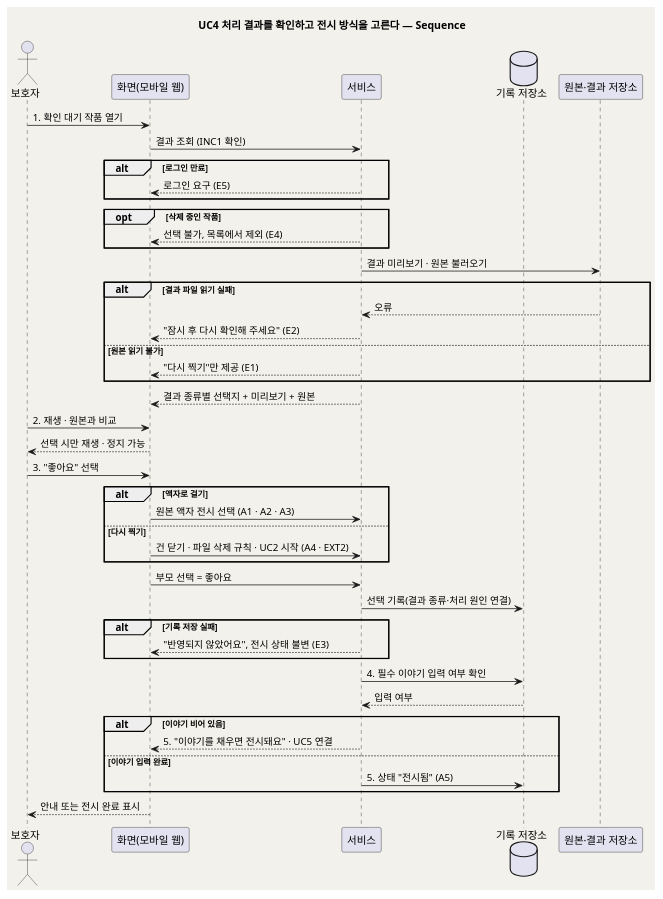
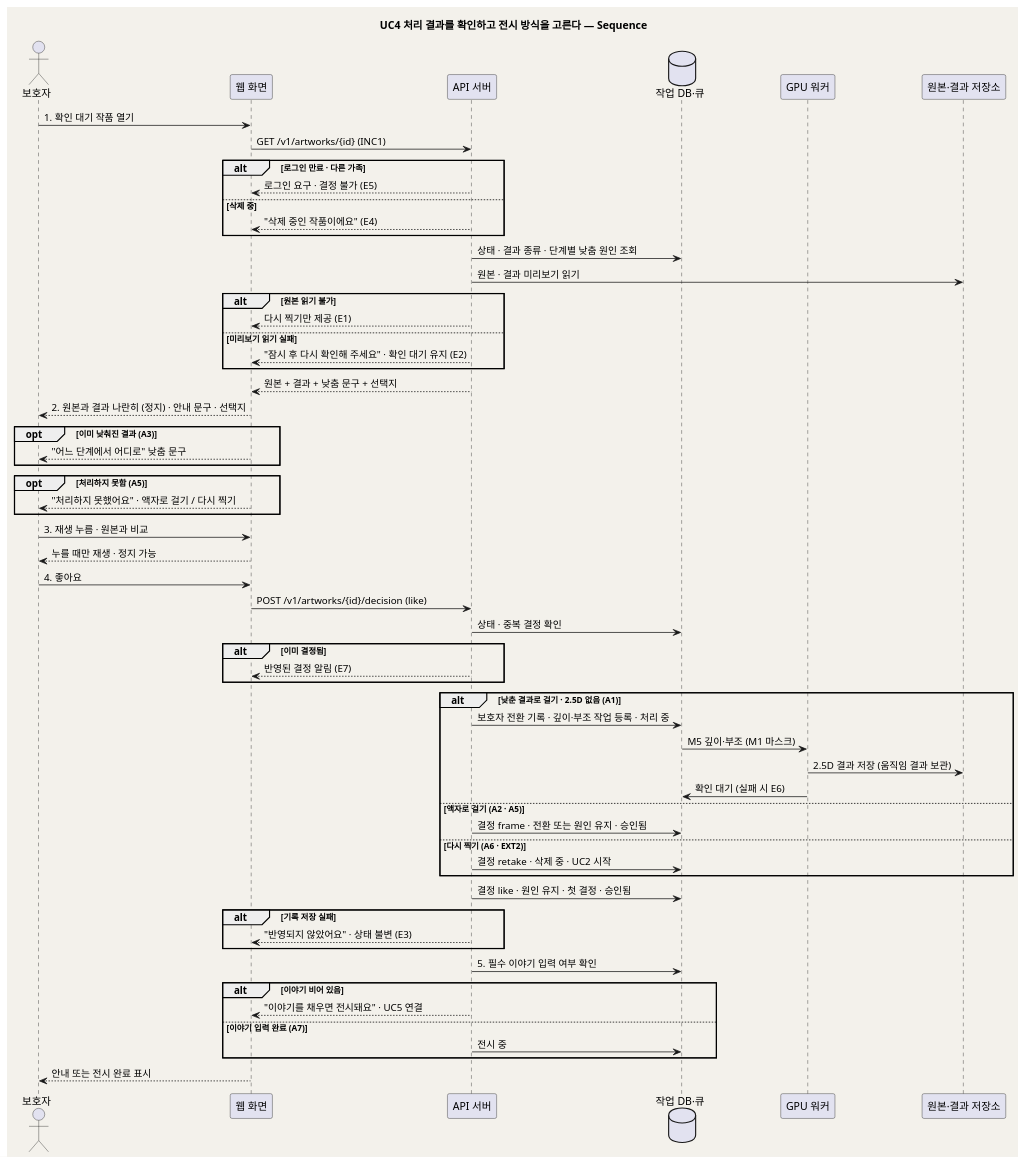
Before and after one commit to kids-gallery/uri-gallery: the second of 2 diagrams in design/UC_04_결과확인승인.md, drawn with PlantUML. The commit also changed other lines of this file and 23 other files, not shown here.

````diff
--- a/design/UC_04_결과확인승인.md
+++ b/design/UC_04_결과확인승인.md
@@ -162,55 +205,70 @@
 ```plantuml
-@startuml seq_family_gallery_04
+@startuml seq_our_child_gallery_04
 skinparam backgroundColor #F3F1EB
 skinparam shadowing false
 title UC4 처리 결과를 확인하고 전시 방식을 고른다 — Sequence
 
 actor "보호자" as Parent
-participant "화면(모바일 웹)" as UI
-participant "서비스" as SVC
-database "기록 저장소" as DB
+participant "웹 화면" as UI
+participant "API 서버" as API
+database "작업 DB·큐" as DB
+participant "GPU 워커" as GPU
 participant "원본·결과 저장소" as Store
 
 Parent -> UI : 1. 확인 대기 작품 열기
-UI -> SVC : 결과 조회 (INC1 확인)
-alt 로그인 만료
-  SVC --> UI : 로그인 요구 (E5)
+UI -> API : GET /v1/artworks/{id} (INC1)
+alt 로그인 만료 · 다른 가족
+  API --> UI : 로그인 요구 · 결정 불가 (E5)
+else 삭제 중
+  API --> UI : "삭제 중인 작품이에요" (E4)
 end
-opt 삭제 중인 작품
-  SVC --> UI : 선택 불가, 목록에서 제외 (E4)
+API -> DB : 상태 · 결과 종류 · 단계별 낮춤 원인 조회
+API -> Store : 원본 · 결과 미리보기 읽기
+alt 원본 읽기 불가
+  API --> UI : 다시 찍기만 제공 (E1)
+else 미리보기 읽기 실패
+  API --> UI : "잠시 후 다시 확인해 주세요" · 확인 대기 유지 (E2)
 end
-SVC -> Store : 결과 미리보기 · 원본 불러오기
-alt 결과 파일 읽기 실패
-  Store --> SVC : 오류
-  SVC --> UI : "잠시 후 다시 확인해 주세요" (E2)
-else 원본 읽기 불가
-  SVC --> UI : "다시 찍기"만 제공 (E1)
+API --> UI : 원본 + 결과 + 낮춤 문구 + 선택지
+
+UI --> Parent : 2. 원본과 결과 나란히 (정지) · 안내 문구 · 선택지
+opt 이미 낮춰진 결과 (A3)
+  UI --> Parent : "어느 단계에서 어디로" 낮춤 문구
 end
-SVC --> UI : 결과 종류별 선택지 + 미리보기 + 원본
-
-Parent -> UI : 2. 재생 · 원본과 비교
-UI --> Parent : 선택 시만 재생 · 정지 가능
-
-Parent -> UI : 3. "좋아요" 선택
-alt 액자로 걸기
-  UI -> SVC : 원본 액자 전시 선택 (A1 · A2 · A3)
-else 다시 찍기
-  UI -> SVC : 건 닫기 · 파일 삭제 규칙 · UC2 시작 (A4 · EXT2)
-end
-UI -> SVC : 부모 선택 = 좋아요
-SVC -> DB : 선택 기록(결과 종류·처리 원인 연결)
-alt 기록 저장 실패
-  SVC --> UI : "반영되지 않았어요", 전시 상태 불변 (E3)
+opt 처리하지 못함 (A5)
+  UI --> Parent : "처리하지 못했어요" · 액자로 걸기 / 다시 찍기
 end
 
-SVC -> DB : 4. 필수 이야기 입력 여부 확인
-DB --> SVC : 입력 여부
+Parent -> UI : 3. 재생 누름 · 원본과 비교
+UI --> Parent : 누를 때만 재생 · 정지 가능
 
+Parent -> UI : 4. 좋아요
+UI -> API : POST /v1/artworks/{id}/decision (like)
+API -> DB : 상태 · 중복 결정 확인
+alt 이미 결정됨
+  API --> UI : 반영된 결정 알림 (E7)
+end
+alt 낮춘 결과로 걸기 · 2.5D 없음 (A1)
+  API -> DB : 보호자 전환 기록 · 깊이·부조 작업 등록 · 처리 중
+  DB -> GPU : M5 깊이·부조 (M1 마스크)
+  GPU -> Store : 2.5D 결과 저장 (움직임 결과 보관)
+  GPU -> DB : 확인 대기 (실패 시 E6)
+else 액자로 걸기 (A2 · A5)
+  API -> DB : 결정 frame · 전환 또는 원인 유지 · 승인됨
+else 다시 찍기 (A6 · EXT2)
+  API -> DB : 결정 retake · 삭제 중 · UC2 시작
+end
+API -> DB : 결정 like · 원인 유지 · 첫 결정 · 승인됨
+alt 기록 저장 실패
+  API --> UI : "반영되지 않았어요" · 상태 불변 (E3)
+end
+
+API -> DB : 5. 필수 이야기 입력 여부 확인
 alt 이야기 비어 있음
-  SVC --> UI : 5. "이야기를 채우면 전시돼요" · UC5 연결
-else 이야기 입력 완료
-  SVC -> DB : 5. 상태 "전시됨" (A5)
+  API --> UI : "이야기를 채우면 전시돼요" · UC5 연결
+else 이야기 입력 완료 (A7)
+  API -> DB : 전시 중
 end
 UI --> Parent : 안내 또는 전시 완료 표시
 @enduml
 ```
````
